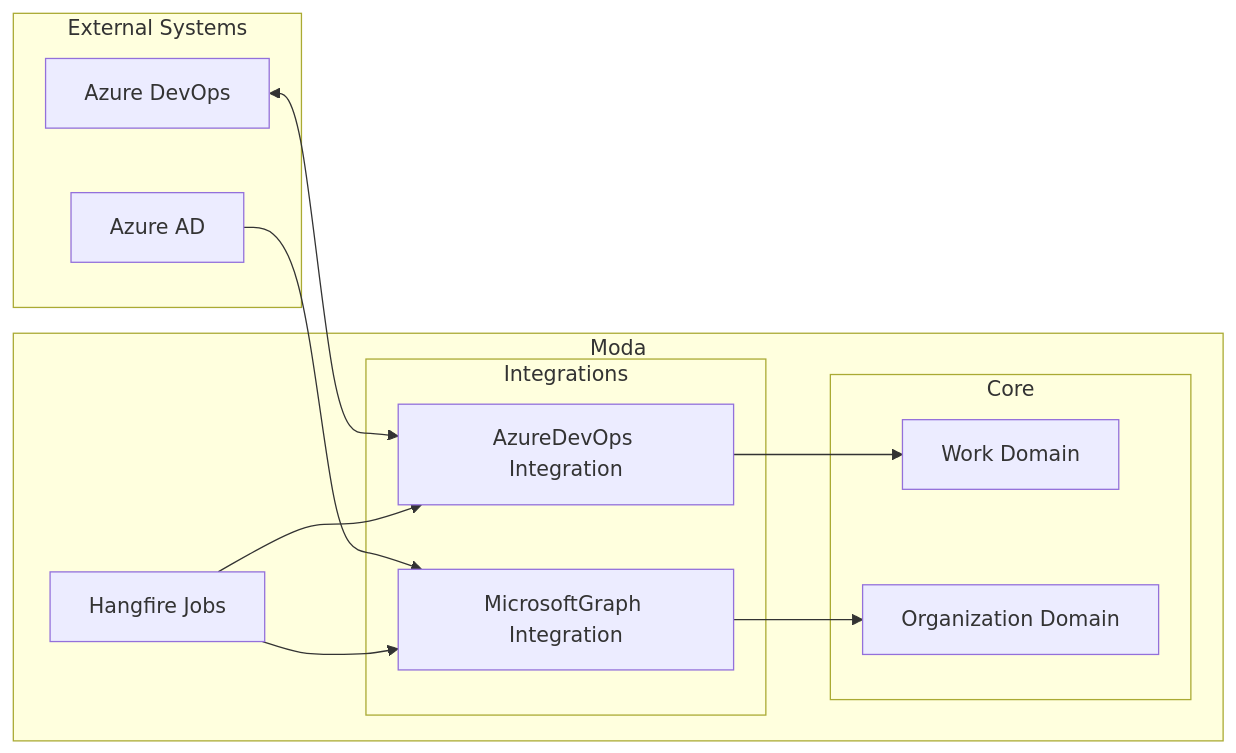
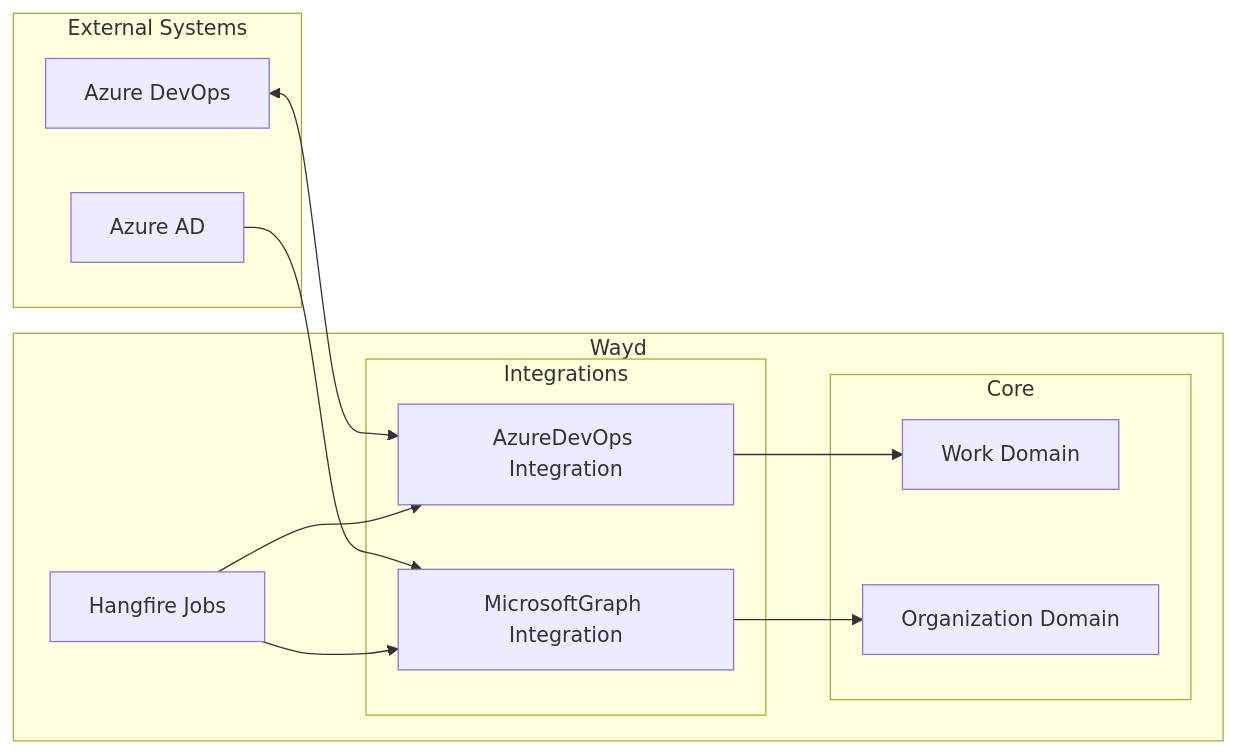
Before and after one commit to destacey/Moda: the diagram in docs/reference/integrations.mdx, drawn with Mermaid. The commit also changed other lines of this file and 58 other files, not shown here.

First line of the commit message:
Phase 10: rename Moda -> Wayd across docs, URLs, and Docusaurus config

````diff
--- a/docs/reference/integrations.mdx
+++ b/docs/reference/integrations.mdx
@@ -42,25 +42,25 @@
 ```mermaid
 graph LR
     subgraph "External Systems"
         ADO["Azure DevOps"]
         AAD["Azure AD"]
     end
-    subgraph "Moda"
+    subgraph "Wayd"
         subgraph "Integrations"
             ADOInt["AzureDevOps Integration"]
             GraphInt["MicrosoftGraph Integration"]
         end
         subgraph "Core"
             Work["Work Domain"]
             Org["Organization Domain"]
         end
         HF["Hangfire Jobs"]
     end
 
     ADO <--> ADOInt
     AAD --> GraphInt
     ADOInt --> Work
     GraphInt --> Org
     HF --> ADOInt
     HF --> GraphInt
 ```
````
